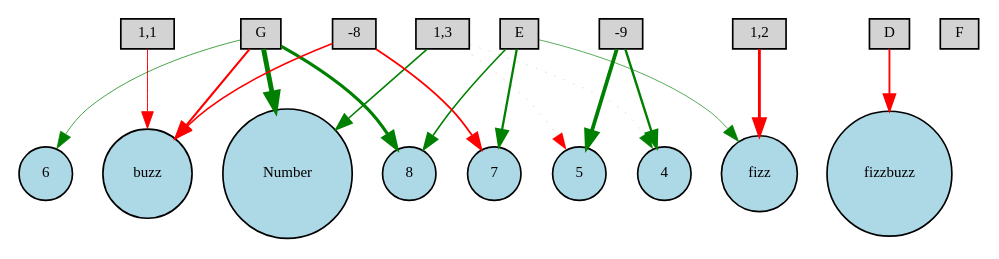
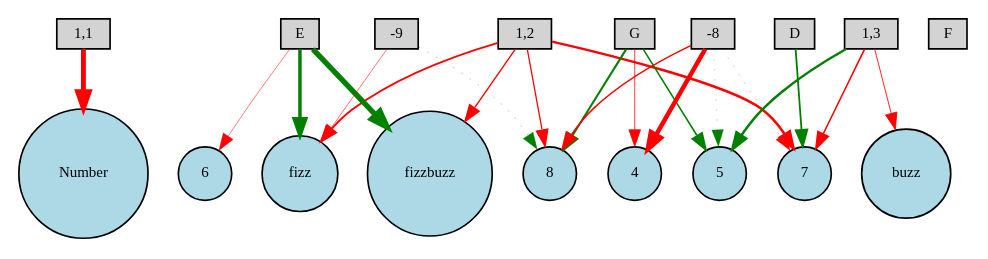
The diagram in Legal Moves/Digraph.gv (HiggstonRainbird/NEAT-TicTacToe), drawn with Graphviz before and after one commit. The commit also changed 3 other files, not shown here.

```diff
--- a/Legal Moves/Digraph.gv
+++ b/Legal Moves/Digraph.gv
@@ -1,38 +1,42 @@
 digraph {
 	node [fontsize=9 height=0.2 shape=circle width=0.2]
 	"1,1" [fillcolor=lightgray shape=box style=filled]
 	"1,2" [fillcolor=lightgray shape=box style=filled]
 	"1,3" [fillcolor=lightgray shape=box style=filled]
 	D [fillcolor=lightgray shape=box style=filled]
 	E [fillcolor=lightgray shape=box style=filled]
 	F [fillcolor=lightgray shape=box style=filled]
 	G [fillcolor=lightgray shape=box style=filled]
 	-8 [fillcolor=lightgray shape=box style=filled]
 	-9 [fillcolor=lightgray shape=box style=filled]
 	Number [fillcolor=lightblue style=filled]
 	fizz [fillcolor=lightblue style=filled]
 	buzz [fillcolor=lightblue style=filled]
 	fizzbuzz [fillcolor=lightblue style=filled]
 	4 [fillcolor=lightblue style=filled]
 	5 [fillcolor=lightblue style=filled]
 	6 [fillcolor=lightblue style=filled]
 	7 [fillcolor=lightblue style=filled]
 	8 [fillcolor=lightblue style=filled]
-	-9 -> 4 [color=green penwidth=1.43603786407 style=solid]
-	"1,2" -> fizz [color=red penwidth=1.72347349505 style=solid]
-	E -> fizz [color=green penwidth=0.387854033426 style=solid]
-	-8 -> 7 [color=red penwidth=1.08401501938 style=solid]
-	"1,1" -> buzz [color=red penwidth=0.573366646276 style=solid]
-	G -> 6 [color=green penwidth=0.431836657614 style=solid]
-	"1,3" -> Number [color=green penwidth=0.926470457447 style=solid]
-	"1,3" -> 5 [color=red penwidth=0.125889259974 style=dotted]
-	E -> 7 [color=green penwidth=1.36485567931 style=solid]
-	G -> Number [color=green penwidth=2.92812655397 style=solid]
-	-9 -> 5 [color=green penwidth=2.2790935443 style=solid]
-	D -> fizzbuzz [color=red penwidth=1.12854083107 style=solid]
-	E -> 8 [color=green penwidth=0.96424247954 style=solid]
-	G -> 8 [color=green penwidth=1.8919728054 style=solid]
-	G -> buzz [color=red penwidth=1.22629436205 style=solid]
-	"1,3" -> 4 [color=green penwidth=0.120521686967 style=dotted]
-	-8 -> buzz [color=red penwidth=0.976364509304 style=solid]
+	"1,2" -> fizz [color=red penwidth=1.14481365456 style=solid]
+	E -> fizz [color=green penwidth=2.06501373124 style=solid]
+	G -> 8 [color=green penwidth=1.23274295667 style=solid]
+	"1,1" -> Number [color=red penwidth=2.91537640834 style=solid]
+	-8 -> 7 [color=red penwidth=0.198635464189 style=dotted]
+	"1,2" -> fizzbuzz [color=red penwidth=0.817407408017 style=solid]
+	G -> 5 [color=green penwidth=0.945075112886 style=solid]
+	"1,3" -> 5 [color=green penwidth=1.47690151342 style=solid]
+	-8 -> 5 [color=green penwidth=0.155498189652 style=dotted]
+	"1,2" -> 8 [color=red penwidth=0.76329533033 style=solid]
+	E -> 6 [color=red penwidth=0.30972828768 style=solid]
+	-8 -> 4 [color=red penwidth=2.6675564201 style=solid]
+	-8 -> 8 [color=red penwidth=0.879936827714 style=solid]
+	"1,3" -> buzz [color=red penwidth=0.515938217026 style=solid]
+	"1,3" -> 7 [color=red penwidth=0.950438911686 style=solid]
+	G -> 4 [color=red penwidth=0.465033592465 style=solid]
+	-9 -> fizz [color=red penwidth=0.319173487054 style=solid]
+	D -> 7 [color=green penwidth=1.07598203607 style=solid]
+	"1,2" -> 7 [color=red penwidth=1.5136536031 style=solid]
+	E -> fizzbuzz [color=green penwidth=3.1917724748 style=solid]
+	-9 -> 8 [color=green penwidth=0.229080815251 style=dotted]
 }
```
